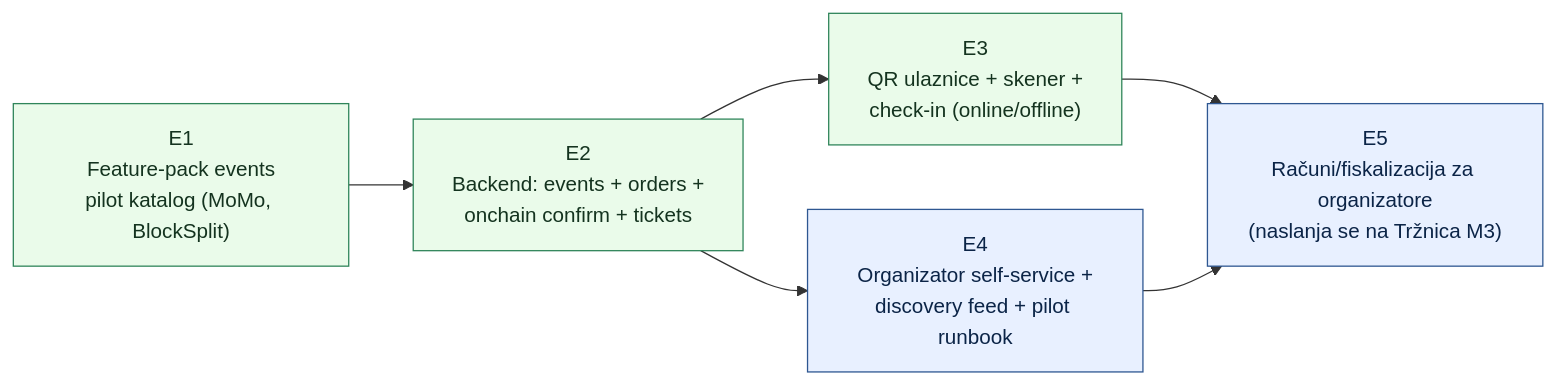
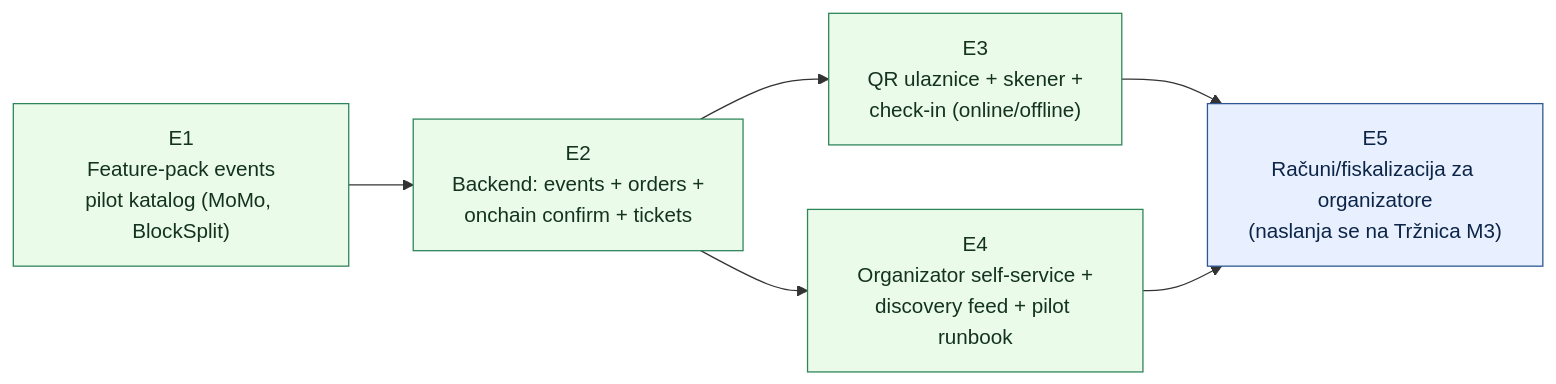
One commit to airkuna/safe-wallet-monorepo changed the fifth of 5 diagrams in docs/whitelabel-wallet/11-dogadjaji-p2p-ticketing.md. Above: the diagram before and after it, drawn with Mermaid. The commit also changed other lines of this file and 4 other files, not shown here.

````diff
--- a/docs/whitelabel-wallet/11-dogadjaji-p2p-ticketing.md
+++ b/docs/whitelabel-wallet/11-dogadjaji-p2p-ticketing.md
@@ -221,13 +221,13 @@
 ```mermaid
 flowchart LR
   E1["E1<br/>Feature-pack events<br/>pilot katalog (MoMo, BlockSplit)"] --> E2["E2<br/>Backend: events + orders +<br/>onchain confirm + tickets"]
   E2 --> E3["E3<br/>QR ulaznice + skener +<br/>check-in (online/offline)"]
   E2 --> E4["E4<br/>Organizator self-service +<br/>discovery feed + pilot runbook"]
   E3 --> E5["E5<br/>Računi/fiskalizacija za organizatore<br/>(naslanja se na Tržnica M3)"]
   E4 --> E5
 
   classDef done fill:#eafbea,stroke:#2f855a,color:#14331f
   classDef todo fill:#e8f0ff,stroke:#2e5791,color:#0b2447
-  class E1,E2,E3 done
-  class E4,E5 todo
+  class E1,E2,E3,E4 done
+  class E5 todo
 ```
````
